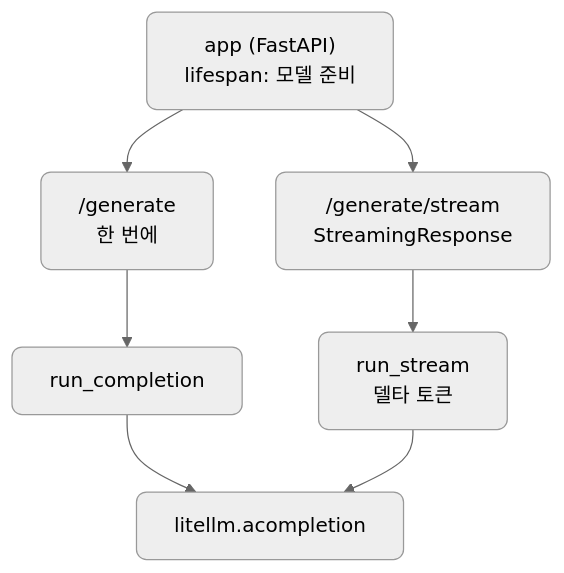
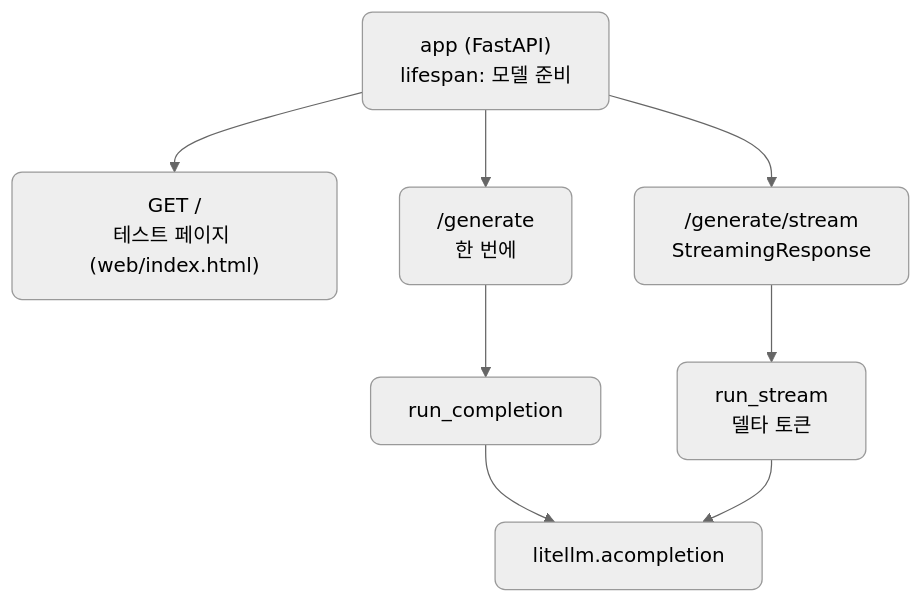
Before and after one commit to CodeCompose7/ai_service_engineering: the fourth of 4 diagrams in docs/section5/lec01/README.md, drawn with Mermaid (neutral theme). The commit also changed other lines of this file and 3 other files, not shown here.

First line of the commit message:
lec01: GET / 를 브라우저 테스트 페이지로

````diff
--- a/docs/section5/lec01/README.md
+++ b/docs/section5/lec01/README.md
@@ -64,11 +64,12 @@
 ```mermaid
 flowchart TB
   APP["app (FastAPI)<br/>lifespan: 모델 준비"]
+  APP --> IDX["GET /<br/>테스트 페이지 (web/index.html)"]
   APP --> G["/generate<br/>한 번에"]
   APP --> GS["/generate/stream<br/>StreamingResponse"]
   G --> RC["run_completion"]
   GS --> RS["run_stream<br/>델타 토큰"]
   RC --> LLM["litellm.acompletion"]
   RS --> LLM
   classDef default rx:8,ry:8;
 ```
````
